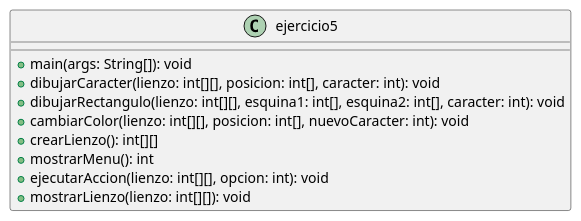
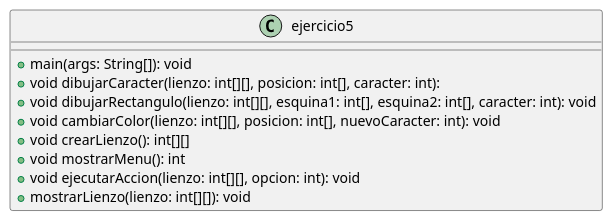
Before and after one commit to pablonso308/Tare6_tecnicas: the diagram in ejercicio5/ejercicio5.puml, drawn with PlantUML. The commit also changed 10 other files, not shown here.

```diff
--- a/ejercicio5/ejercicio5.puml
+++ b/ejercicio5/ejercicio5.puml
@@ -1,12 +1,12 @@
 @startuml
 class ejercicio5 {
   +main(args: String[]): void
-  +dibujarCaracter(lienzo: int[][], posicion: int[], caracter: int): void
-  +dibujarRectangulo(lienzo: int[][], esquina1: int[], esquina2: int[], caracter: int): void
-  +cambiarColor(lienzo: int[][], posicion: int[], nuevoCaracter: int): void
-  +crearLienzo(): int[][]
-  +mostrarMenu(): int
-  +ejecutarAccion(lienzo: int[][], opcion: int): void
+  +void dibujarCaracter(lienzo: int[][], posicion: int[], caracter: int):
+  +void dibujarRectangulo(lienzo: int[][], esquina1: int[], esquina2: int[], caracter: int): void
+  +void cambiarColor(lienzo: int[][], posicion: int[], nuevoCaracter: int): void
+  +void crearLienzo(): int[][]
+  +void mostrarMenu(): int
+  +void ejecutarAccion(lienzo: int[][], opcion: int): void
   +mostrarLienzo(lienzo: int[][]): void
 }
 @enduml
```
